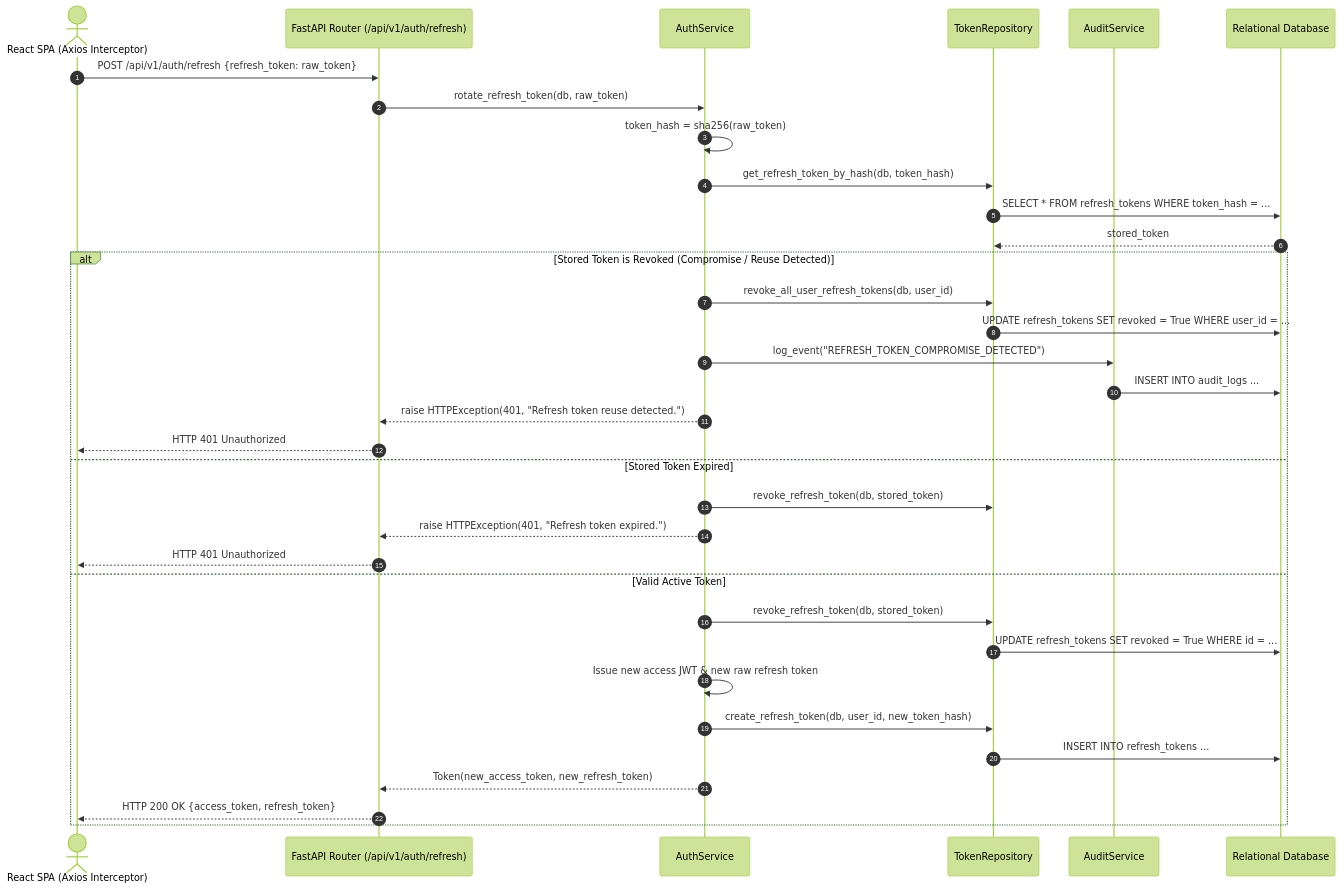
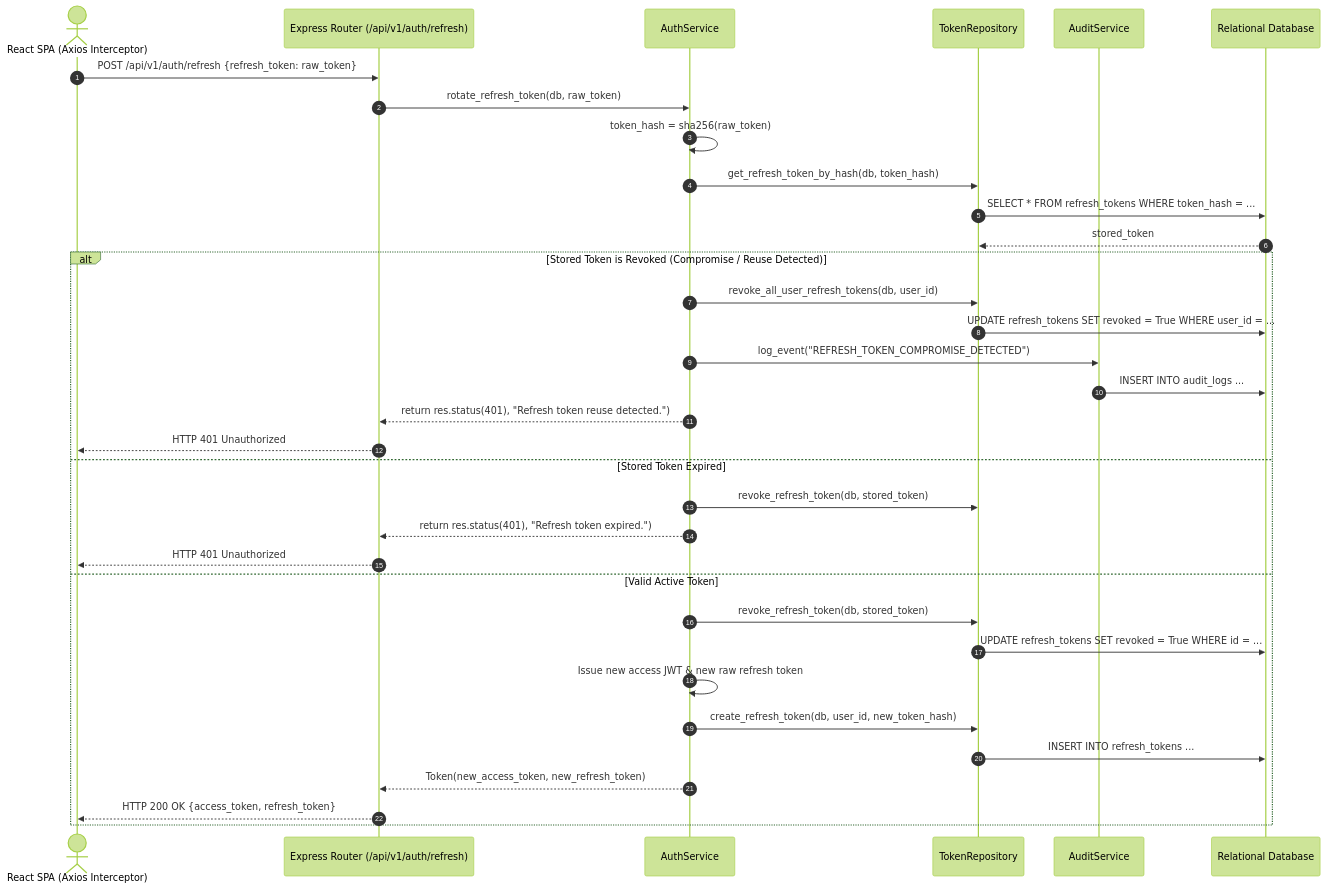
One commit to Coffeee-ui/Batanes_Niche changed the second of 4 diagrams in development/Documentation/06-Authentication-and-Security.md. Above: the diagram before and after it, drawn with Mermaid (forest theme). The commit also changed other lines of this file and 30 other files, not shown here.

````diff
--- a/development/Documentation/06-Authentication-and-Security.md
+++ b/development/Documentation/06-Authentication-and-Security.md
@@ -191,38 +191,38 @@
 ```mermaid
 sequenceDiagram
     autonumber
     actor Client as React SPA (Axios Interceptor)
-    participant API as FastAPI Router (/api/v1/auth/refresh)
+    participant API as Express Router (/api/v1/auth/refresh)
     participant AuthSvc as AuthService
     participant TokenRepo as TokenRepository
     participant AuditSvc as AuditService
     participant DB as Relational Database
 
     Client->>API: POST /api/v1/auth/refresh {refresh_token: raw_token}
     API->>AuthSvc: rotate_refresh_token(db, raw_token)
     AuthSvc->>AuthSvc: token_hash = sha256(raw_token)
     AuthSvc->>TokenRepo: get_refresh_token_by_hash(db, token_hash)
     TokenRepo->>DB: SELECT * FROM refresh_tokens WHERE token_hash = ...
     DB-->>TokenRepo: stored_token
 
     alt Stored Token is Revoked (Compromise / Reuse Detected)
         AuthSvc->>TokenRepo: revoke_all_user_refresh_tokens(db, user_id)
         TokenRepo->>DB: UPDATE refresh_tokens SET revoked = True WHERE user_id = ...
         AuthSvc->>AuditSvc: log_event("REFRESH_TOKEN_COMPROMISE_DETECTED")
         AuditSvc->>DB: INSERT INTO audit_logs ...
-        AuthSvc-->>API: raise HTTPException(401, "Refresh token reuse detected.")
+        AuthSvc-->>API: return res.status(401), "Refresh token reuse detected.")
         API-->>Client: HTTP 401 Unauthorized
     else Stored Token Expired
         AuthSvc->>TokenRepo: revoke_refresh_token(db, stored_token)
-        AuthSvc-->>API: raise HTTPException(401, "Refresh token expired.")
+        AuthSvc-->>API: return res.status(401), "Refresh token expired.")
         API-->>Client: HTTP 401 Unauthorized
     else Valid Active Token
         AuthSvc->>TokenRepo: revoke_refresh_token(db, stored_token)
         TokenRepo->>DB: UPDATE refresh_tokens SET revoked = True WHERE id = ...
         AuthSvc->>AuthSvc: Issue new access JWT & new raw refresh token
         AuthSvc->>TokenRepo: create_refresh_token(db, user_id, new_token_hash)
         TokenRepo->>DB: INSERT INTO refresh_tokens ...
         AuthSvc-->>API: Token(new_access_token, new_refresh_token)
         API-->>Client: HTTP 200 OK {access_token, refresh_token}
     end
 ```
````
